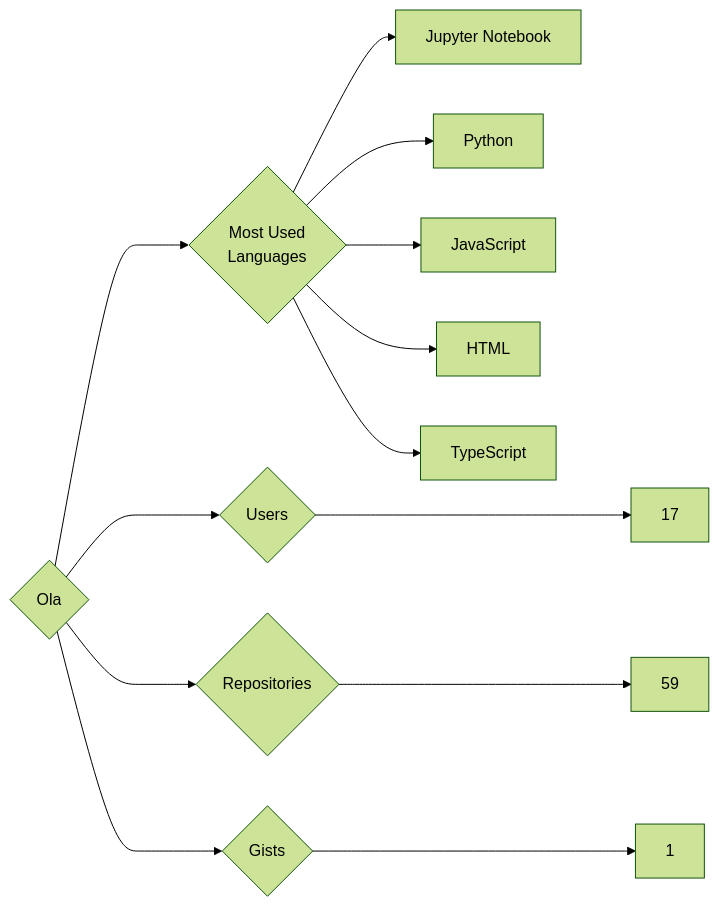
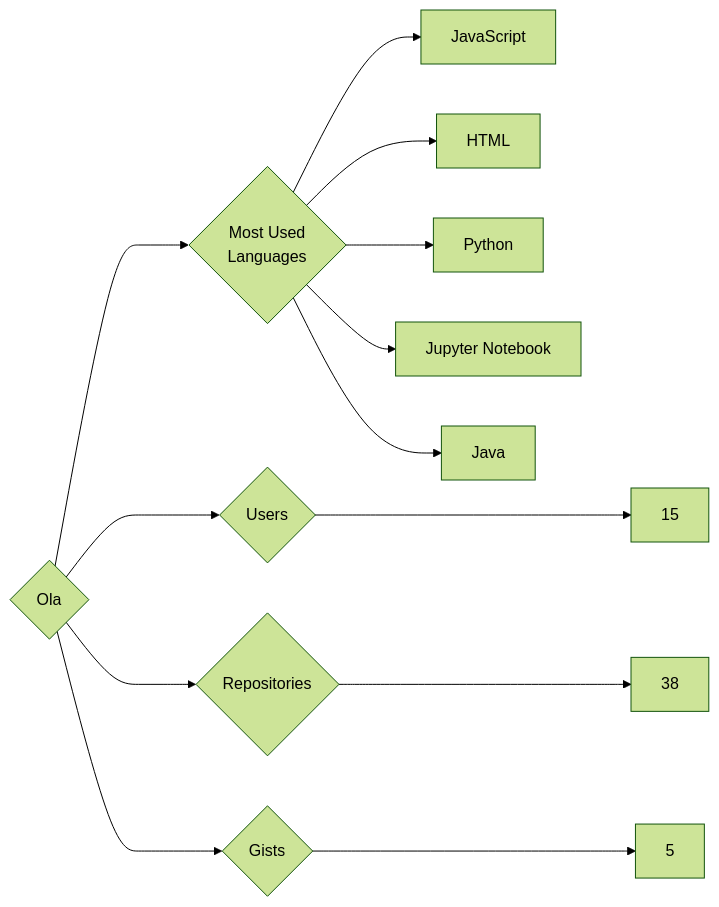
Before and after one commit to trickest/insiders: the diagram in targets/Ola/README.md, drawn with Mermaid (forest theme). The commit also changed 851 other files, not shown here.

````diff
--- a/targets/Ola/README.md
+++ b/targets/Ola/README.md
@@ -3,13 +3,13 @@
 ```mermaid
 graph LR
 COMPANY_NAME{Ola}
-COMPANY_NAME ---> U{Users} ---> UN[17]
-COMPANY_NAME ---> R{Repositories} ---> RN[59]
-COMPANY_NAME ---> G{Gists} ---> GN[1]
+COMPANY_NAME ---> U{Users} ---> UN[15]
+COMPANY_NAME ---> R{Repositories} ---> RN[38]
+COMPANY_NAME ---> G{Gists} ---> GN[5]
 COMPANY_NAME ---> ML{Most Used<br>Languages}
-ML --> Jupyter_Notebook[Jupyter Notebook]
-ML --> Python[Python]
 ML --> JavaScript[JavaScript]
 ML --> HTML[HTML]
-ML --> TypeScript[TypeScript]
+ML --> Python[Python]
+ML --> Jupyter_Notebook[Jupyter Notebook]
+ML --> Java[Java]
 ```
````
